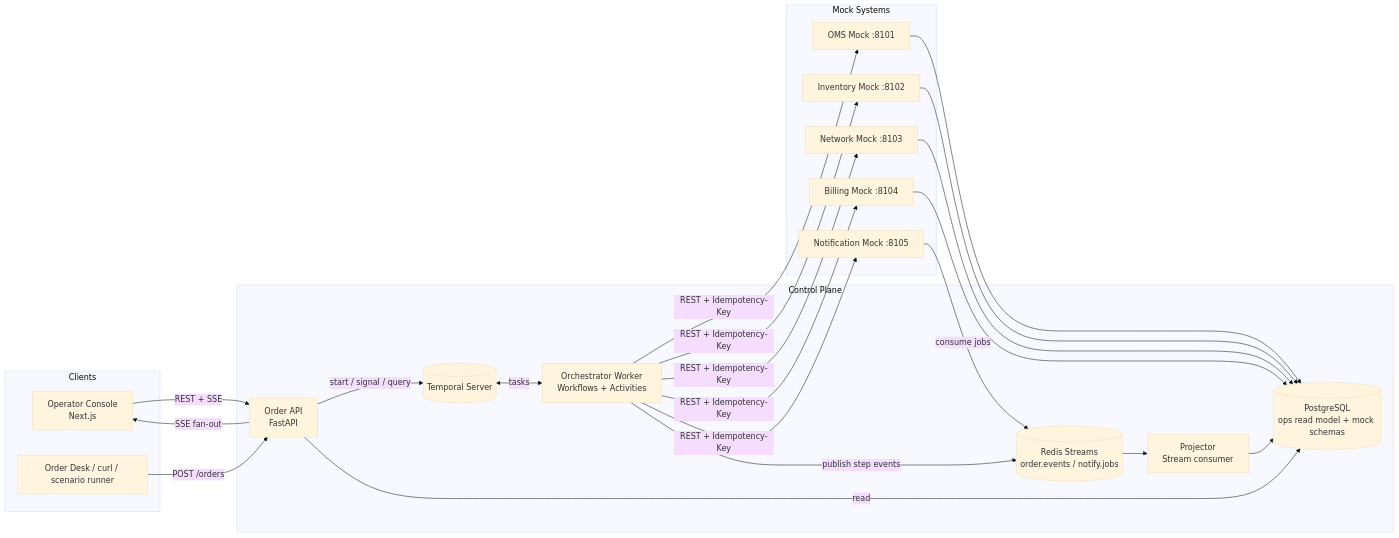
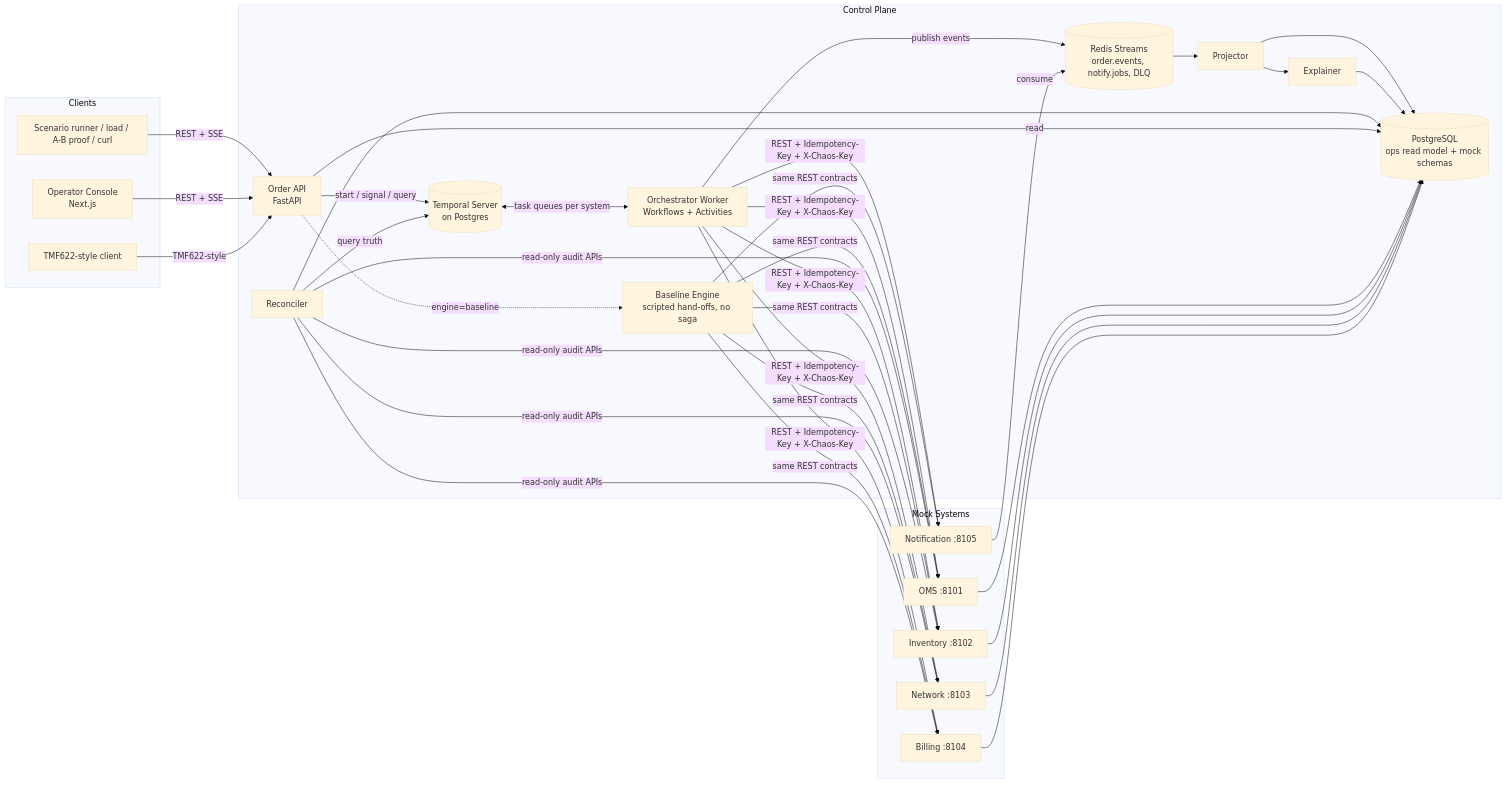
The first of 2 diagrams in ARCHITECTURE.md (SYS-SharedBuilds/Agnitia_Hackathon), drawn with Mermaid (base theme) before and after one commit. The commit also changed other lines of this file and 7 other files, not shown here.

Commit message:
docs: sync architecture, tasks, rules, and agents guides with v2 specifications

````diff
--- a/ARCHITECTURE.md
+++ b/ARCHITECTURE.md
@@ -8,36 +8,45 @@
 ```mermaid
 flowchart LR
   subgraph Clients
     OP[Operator Console<br/>Next.js]
-    API_USER[Order Desk / curl / scenario runner]
+    CLI[Scenario runner / load / A-B proof / curl]
+    TMFC[TMF622-style client]
   end
 
   subgraph Control Plane
     GW[Order API<br/>FastAPI]
-    TMP[(Temporal Server)]
+    TMP[(Temporal Server<br/>on Postgres)]
     WK[Orchestrator Worker<br/>Workflows + Activities]
-    PRJ[Projector<br/>Stream consumer]
+    BASE[Baseline Engine<br/>scripted hand-offs, no saga]
+    PRJ[Projector]
+    REC[Reconciler]
+    EXP[Explainer]
     PG[(PostgreSQL<br/>ops read model + mock schemas)]
-    RS[(Redis Streams<br/>order.events / notify.jobs)]
+    RS[(Redis Streams<br/>order.events, notify.jobs, DLQ)]
   end
 
   subgraph Mock Systems
-    OMS[OMS Mock :8101]
-    INV[Inventory Mock :8102]
-    NET[Network Mock :8103]
-    BIL[Billing Mock :8104]
-    NTF[Notification Mock :8105]
+    OMS[OMS :8101]
+    INV[Inventory :8102]
+    NET[Network :8103]
+    BIL[Billing :8104]
+    NTF[Notification :8105]
   end
 
-  API_USER -->|POST /orders| GW
-  OP -->|REST + SSE| GW
+  CLI & OP -->|REST + SSE| GW
+  TMFC -->|TMF622-style| GW
   GW -->|start / signal / query| TMP
-  TMP <-->|tasks| WK
-  WK -->|REST + Idempotency-Key| OMS & INV & NET & BIL & NTF
-  WK -->|publish step events| RS
+  GW -.->|engine=baseline| BASE
+  TMP <-->|task queues per system| WK
+  WK -->|REST + Idempotency-Key + X-Chaos-Key| OMS & INV & NET & BIL & NTF
+  BASE -->|same REST contracts| OMS & INV & NET & BIL & NTF
+  WK -->|publish events| RS
   RS --> PRJ --> PG
+  PRJ --> EXP --> PG
+  REC -->|read-only audit APIs| OMS & INV & NET & BIL
+  REC -->|query truth| TMP
+  REC --> PG
   GW -->|read| PG
-  GW -->|SSE fan-out| OP
-  NTF -->|consume jobs| RS
+  NTF -->|consume| RS
   OMS & INV & NET & BIL --> PG
 ```
````
